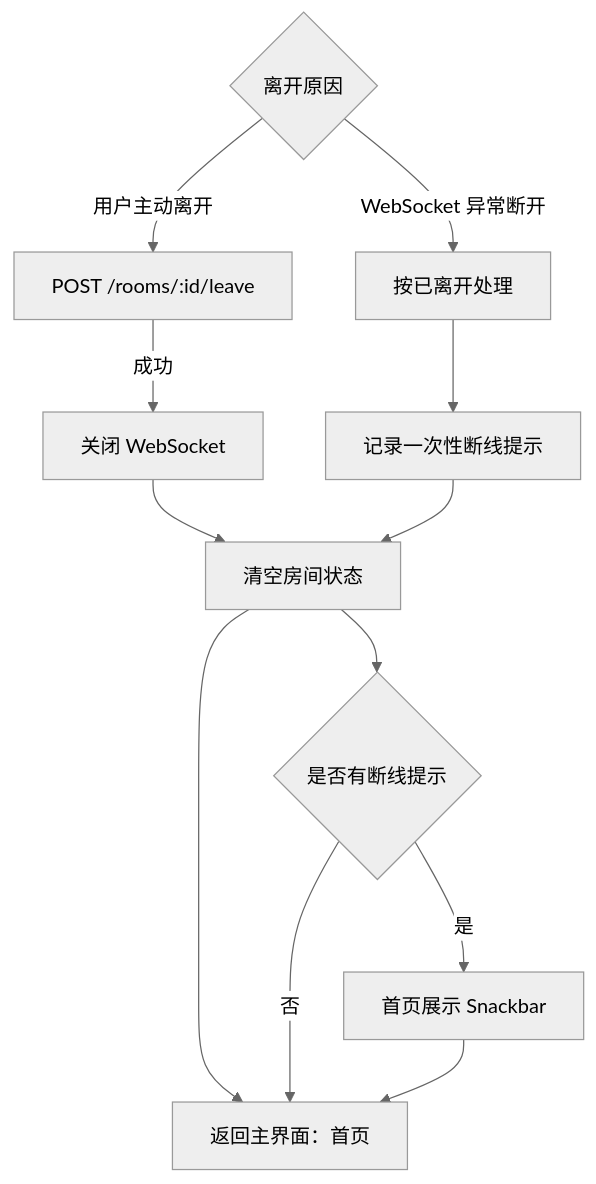
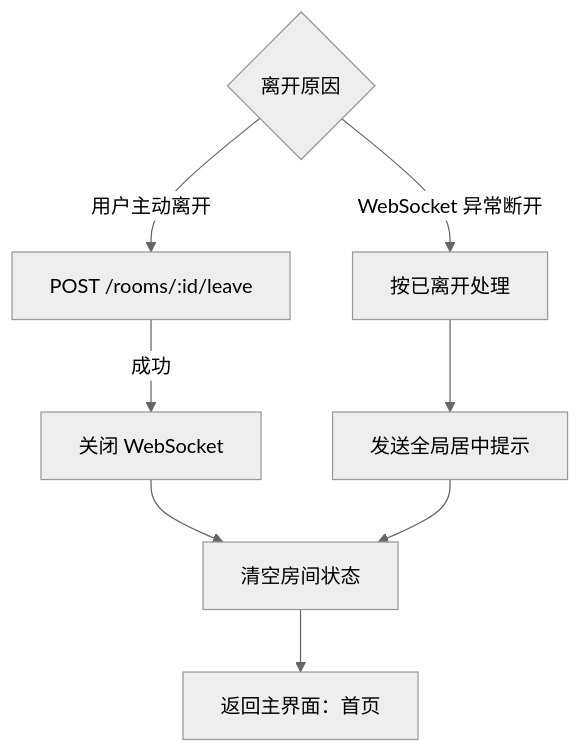
One commit to DancingCodes/room-app changed the eighth of 10 diagrams in docs/客户端逻辑设计.md. Above: the diagram before and after it, drawn with Mermaid (neutral theme). The commit also changed other lines of this file and 15 other files, not shown here.

````diff
--- a/docs/客户端逻辑设计.md
+++ b/docs/客户端逻辑设计.md
@@ -134,15 +136,12 @@
 ```mermaid
 flowchart TD
     A{离开原因} -- 用户主动离开 --> B[POST /rooms/:id/leave]
     B -- 成功 --> C[关闭 WebSocket]
     C --> D[清空房间状态]
     D --> E[返回主界面：首页]
 
     A -- WebSocket 异常断开 --> F[按已离开处理]
-    F --> G[记录一次性断线提示]
+    F --> G[发送全局居中提示]
     G --> D
-    D --> H{是否有断线提示}
-    H -- 是 --> I[首页展示 Snackbar]
-    H -- 否 --> E
-    I --> E
+
 ```
````
